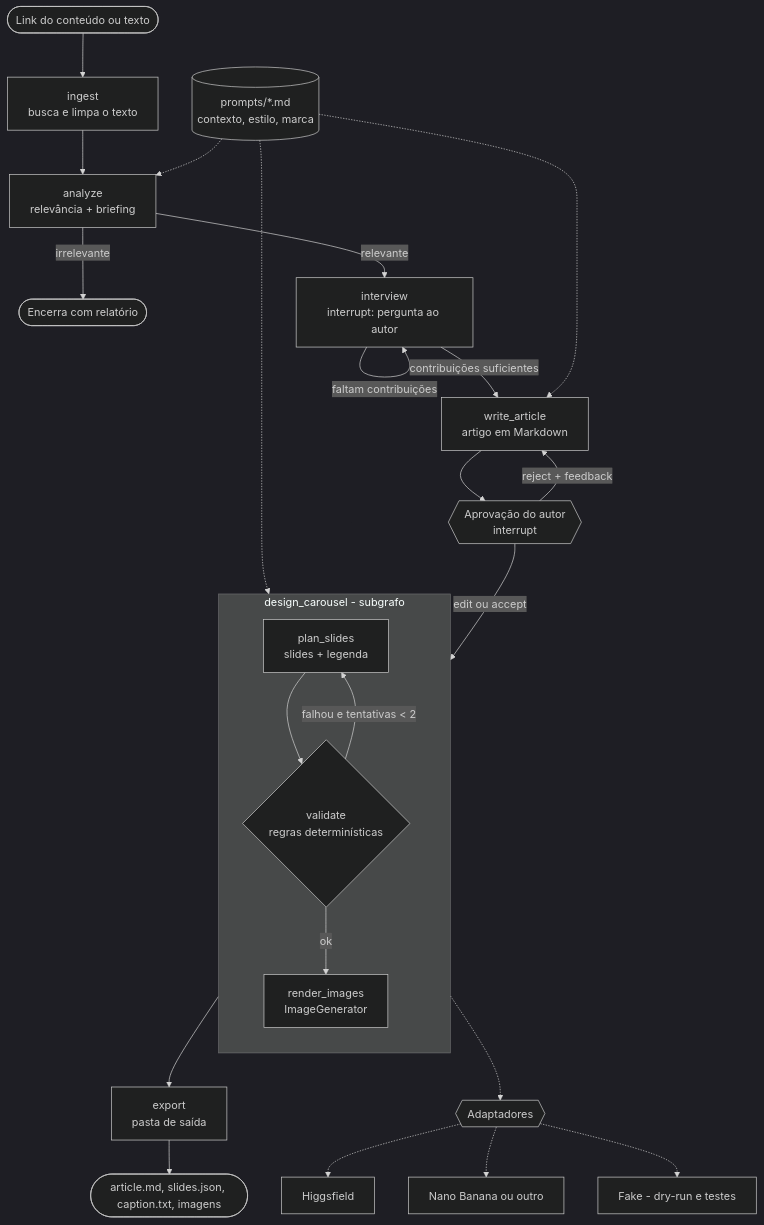
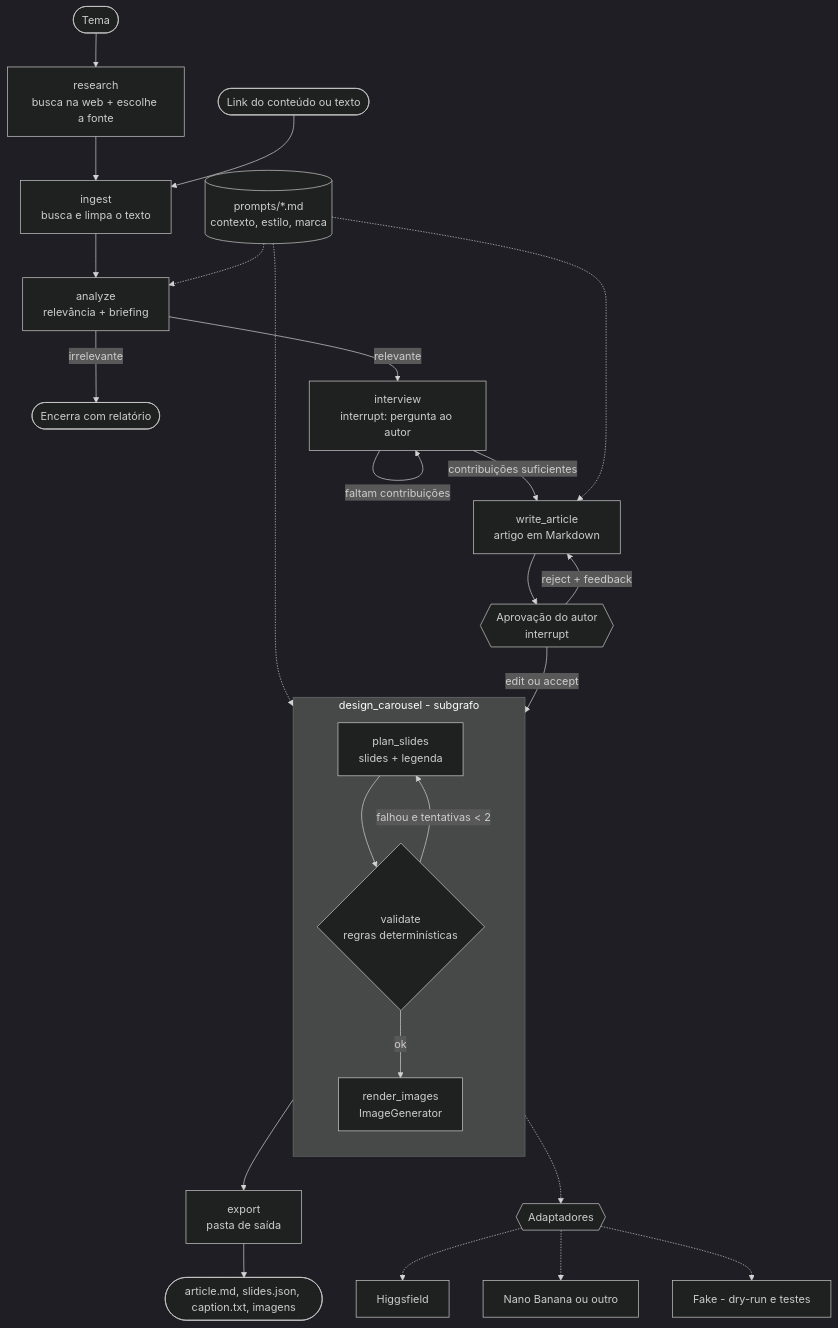
The first of 2 diagrams in docs/projeto.md (afcc2000/content-authority-pipeline), drawn with Mermaid (dark theme) before and after one commit. The commit also changed other lines of this file and 2 other files, not shown here.

Commit message:
docs: adiciona leitura e busca na web via Tavily (T08a e T09a)

````diff
--- a/docs/projeto.md
+++ b/docs/projeto.md
@@ -76,30 +76,32 @@
 ```mermaid
 flowchart TD
+    TEMA([Tema]) --> RES[research<br/>busca na web + escolhe a fonte]
+    RES --> ING
     IN([Link do conteúdo ou texto]) --> ING[ingest<br/>busca e limpa o texto]
     ING --> ANA[analyze<br/>relevância + briefing]
     ANA -->|irrelevante| END1([Encerra com relatório])
     ANA -->|relevante| INT[interview<br/>interrupt: pergunta ao autor]
     INT -->|faltam contribuições| INT
     INT -->|contribuições suficientes| WA[write_article<br/>artigo em Markdown]
     WA --> HITL{{Aprovação do autor<br/>interrupt}}
     HITL -->|reject + feedback| WA
     HITL -->|edit ou accept| CAR
 
     subgraph CAR[design_carousel - subgrafo]
         direction TB
         PL[plan_slides<br/>slides + legenda] --> VAL{validate<br/>regras determinísticas}
         VAL -->|falhou e tentativas < 2| PL
         VAL -->|ok| IMG[render_images<br/>ImageGenerator]
     end
 
     IMG --> EXP[export<br/>pasta de saída]
     EXP --> END2([article.md, slides.json, caption.txt, imagens])
 
     PROMPTS[(prompts/*.md<br/>contexto, estilo, marca)] -.-> ANA
     PROMPTS -.-> WA
     PROMPTS -.-> PL
     IMG -.-> ADP{{Adaptadores}}
     ADP -.-> HF[Higgsfield]
     ADP -.-> NB[Nano Banana ou outro]
     ADP -.-> FK[Fake - dry-run e testes]
 ```
````
